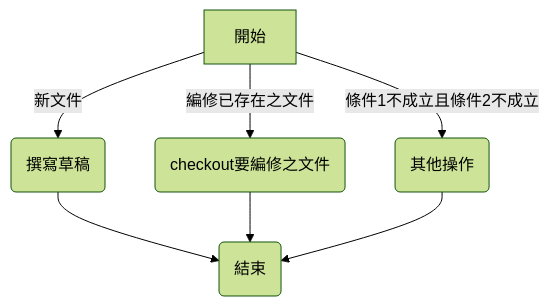
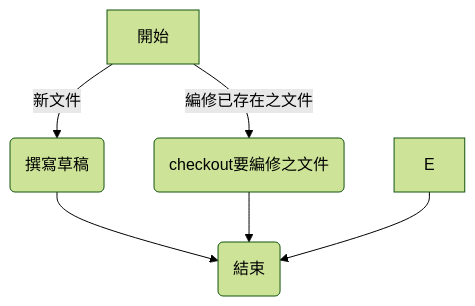
Before and after one commit to netlol/test22: the second of 2 diagrams in uu.md, drawn with Mermaid (forest theme).

````diff
--- a/uu.md
+++ b/uu.md
@@ -8,10 +8,9 @@
 ```mermaid
 graph TD;
   A[開始] -->|新文件| B(撰寫草稿);
   A -->|編修已存在之文件| C(checkout要編修之文件);
   B --> D(結束);
   C --> D;
-  A -->|條件1不成立且條件2不成立| E(其他操作);
   E --> D;
 
 ```
````
